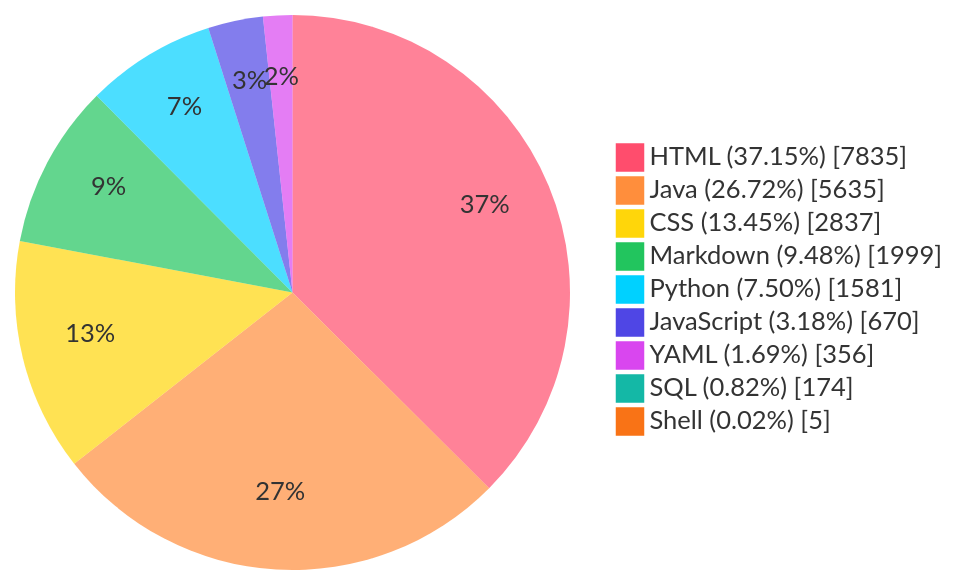
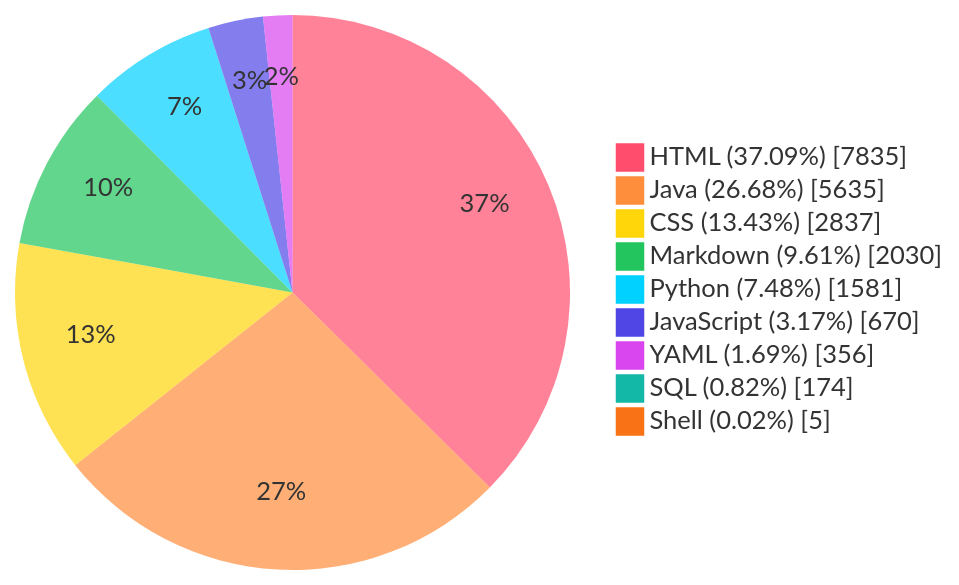
The diagram in script/generated/README_STATS.md (TheBadRoger/BUCT-Teaching-Aids), drawn with Mermaid before and after one commit. The commit also changed other lines of this file and 3 other files, not shown here.

````diff
--- a/script/generated/README_STATS.md
+++ b/script/generated/README_STATS.md
@@ -15,28 +15,28 @@
 ```mermaid
 %%{init: {'theme':'base','themeVariables': {
   'fontFamily': 'Fira Code, JetBrains Mono, Source Code Pro, Cascadia Code, Menlo, Consolas, monospace',
   'pieStrokeColor': 'transparent',
   'pieStrokeWidth': '0px',
   'pieOuterStrokeWidth': '0px',
   'pie1': '#FF4D6D',
   'pie2': '#FF8E3C',
   'pie3': '#FFD60A',
   'pie4': '#22C55E',
   'pie5': '#00D1FF',
   'pie6': '#4F46E5',
   'pie7': '#D946EF',
   'pie8': '#14B8A6',
   'pie9': '#F97316',
   'pie10': '#A855F7'
 }}}%%
 pie showData
-    "HTML (37.15%)" : 7835
-    "Java (26.72%)" : 5635
-    "CSS (13.45%)" : 2837
-    "Markdown (9.48%)" : 1999
-    "Python (7.50%)" : 1581
-    "JavaScript (3.18%)" : 670
+    "HTML (37.09%)" : 7835
+    "Java (26.68%)" : 5635
+    "CSS (13.43%)" : 2837
+    "Markdown (9.61%)" : 2030
+    "Python (7.48%)" : 1581
+    "JavaScript (3.17%)" : 670
     "YAML (1.69%)" : 356
     "SQL (0.82%)" : 174
     "Shell (0.02%)" : 5
 ```
````
